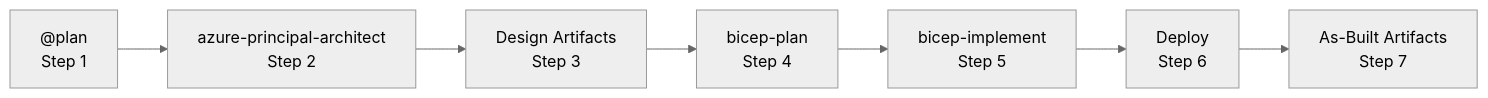
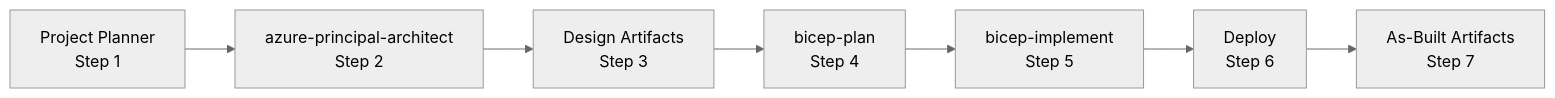
Before and after one commit to StormyDevil/azure-agentic-infraops: the diagram in .github/copilot-instructions.md, drawn with Mermaid. The commit also changed other lines of this file and 42 other files, not shown here.

First line of the commit message:
docs: rename @plan agent to Project Planner across repository

````diff
--- a/.github/copilot-instructions.md
+++ b/.github/copilot-instructions.md
@@ -35,10 +35,10 @@
 ```mermaid
 %%{init: {'theme':'neutral'}}%%
 graph LR
-    P["@plan<br/>Step 1"] --> A[azure-principal-architect<br/>Step 2]
+    P["Project Planner<br/>Step 1"] --> A[azure-principal-architect<br/>Step 2]
     A --> D["Design Artifacts<br/>Step 3"]
     D --> B[bicep-plan<br/>Step 4]
     B --> I[bicep-implement<br/>Step 5]
     I --> DEP["Deploy<br/>Step 6"]
     DEP --> F["As-Built Artifacts<br/>Step 7"]
 ```
````
